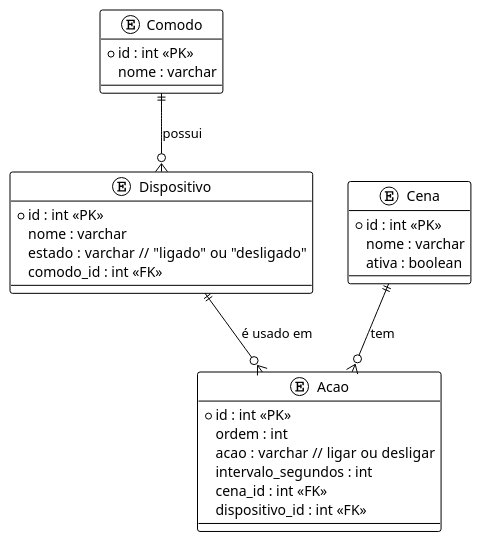
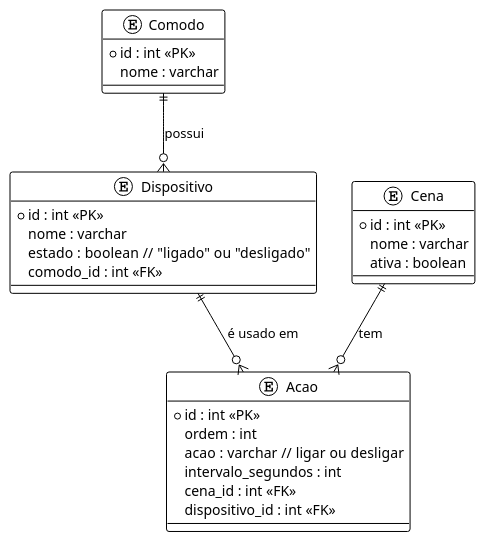
One commit to LincolnMatheus97/controle-domotica changed the diagram in docs/der.puml. Above: the diagram before and after it, drawn with PlantUML.

Commit message:
:books: docs: Atualiza o DER logico do sistema

```diff
--- a/docs/der.puml
+++ b/docs/der.puml
@@ -1,34 +1,34 @@
 @startuml - Diagrama de Entidade e Relacionamento
 !theme plain
 
 entity "Comodo" as Comodo {
   *id : int <<PK>>
   nome : varchar
 }
 
 entity "Dispositivo" as Dispositivo {
   *id : int <<PK>>
   nome : varchar
-  estado : varchar  // "ligado" ou "desligado"
+  estado : boolean  // "ligado" ou "desligado"
   comodo_id : int <<FK>>
 }
 
 entity "Cena" as Cena {
   *id : int <<PK>>
   nome : varchar
   ativa : boolean
 }
 
 entity "Acao" as Acao {
   *id : int <<PK>>
   ordem : int
   acao : varchar  // ligar ou desligar
   intervalo_segundos : int
   cena_id : int <<FK>>
   dispositivo_id : int <<FK>>
 }
 
 Comodo ||--o{ Dispositivo : "possui"
 Cena ||--o{ Acao : "tem"
 Dispositivo ||--o{ Acao : "é usado em"
 @enduml
```
